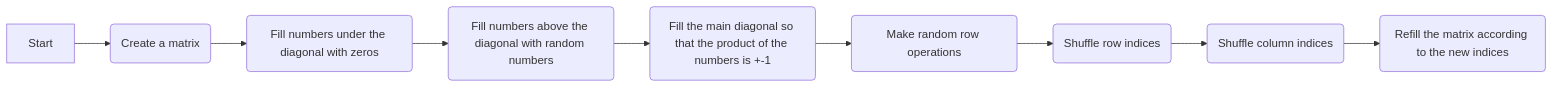
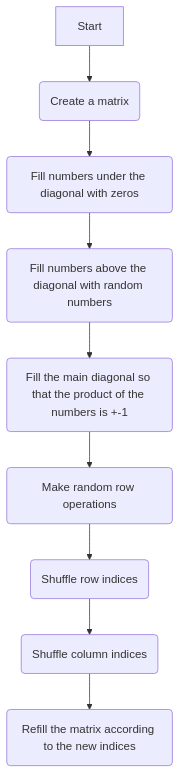
The diagram in README.md (Nikita-Babich/unimodular), drawn with Mermaid before and after one commit.

````diff
--- a/README.md
+++ b/README.md
@@ -9,12 +9,12 @@
 ```mermaid
-flowchart LR
+flowchart TD
 
 Start --> id1(Create a matrix)
 id1 --> id2(Fill numbers under the diagonal with zeros)
 id2 --> id3(Fill numbers above the diagonal with random numbers)
 id3 --> id4(Fill the main diagonal so that the product of the numbers is +-1)
 id4 --> id5(Make random row operations)
 id5 --> id6(Shuffle row indices)
 id6 --> id7(Shuffle column indices)
 id7 --> id8(Refill the matrix according to the new indices)
 ```
````
